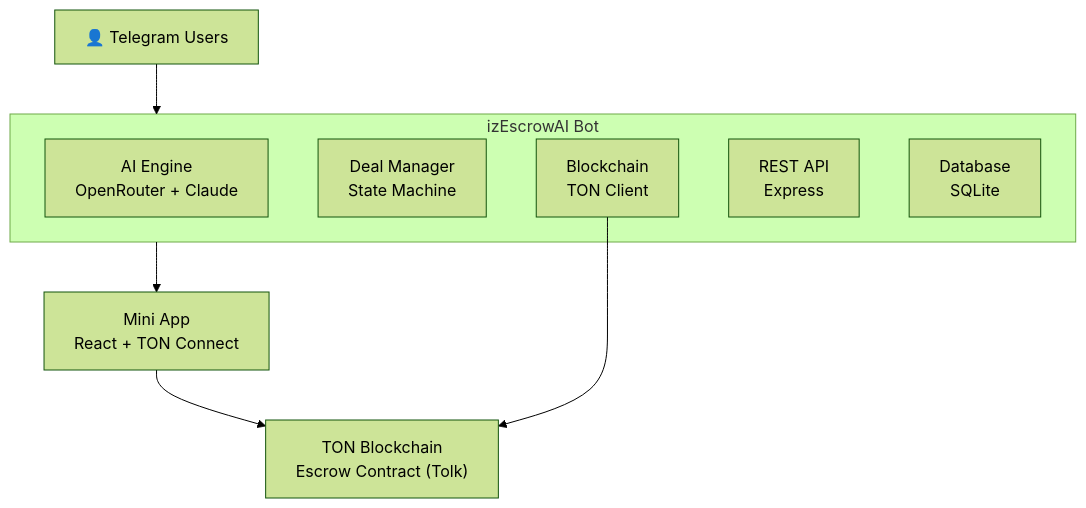
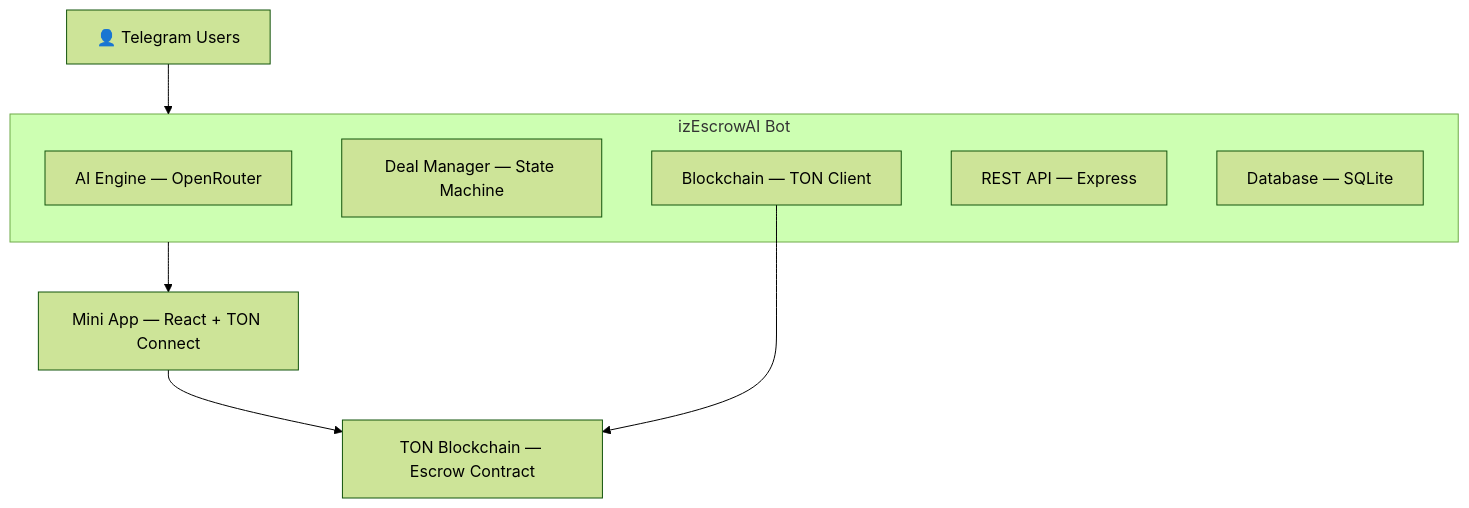
One commit to izzzzzi/izEscrowAI changed the second of 3 diagrams in README.md. Above: the diagram before and after it, drawn with Mermaid (forest theme).

Commit message:
Fix mermaid architecture: replace newlines with dashes

````diff
--- a/README.md
+++ b/README.md
@@ -41,16 +41,16 @@
 ```mermaid
 flowchart TD
     Users["👤 Telegram Users"] --> Bot
 
     subgraph Bot["izEscrowAI Bot"]
-        AI["AI Engine\nOpenRouter + Claude"]
-        DM["Deal Manager\nState Machine"]
-        BC["Blockchain\nTON Client"]
-        API["REST API\nExpress"]
-        DB["Database\nSQLite"]
+        AI["AI Engine — OpenRouter"]
+        DM["Deal Manager — State Machine"]
+        BC["Blockchain — TON Client"]
+        API["REST API — Express"]
+        DB["Database — SQLite"]
     end
 
-    Bot --> MiniApp["Mini App\nReact + TON Connect"]
+    Bot --> MiniApp["Mini App — React + TON Connect"]
     MiniApp --> TON
-    BC --> TON["TON Blockchain\nEscrow Contract (Tolk)"]
+    BC --> TON["TON Blockchain — Escrow Contract"]
 ```
````
